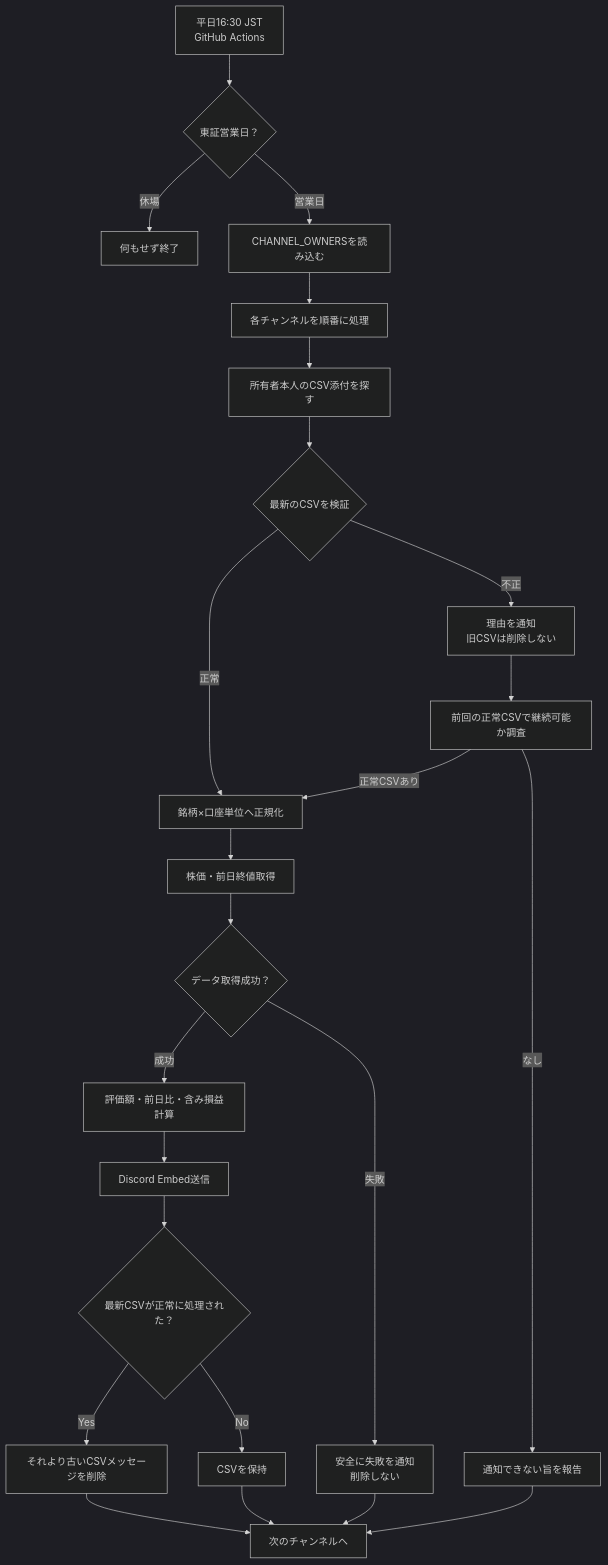
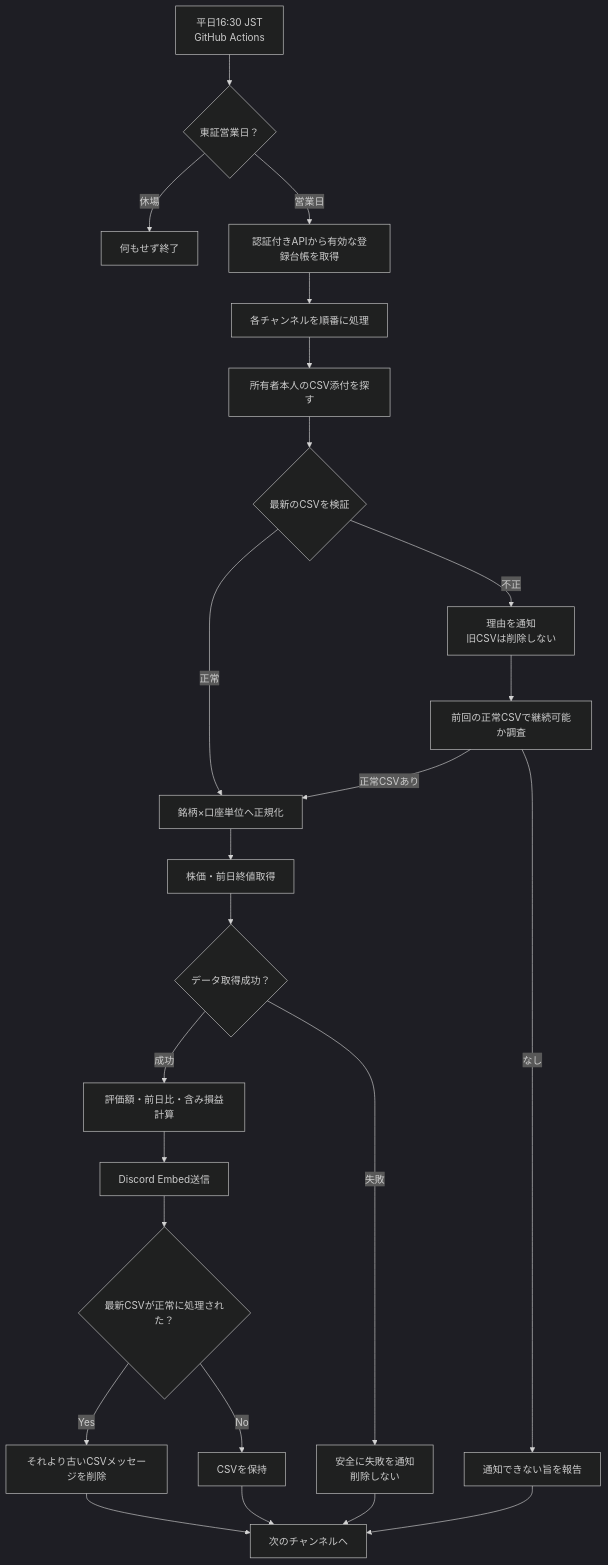
One commit to chihiros7/stock-signal changed the diagram in docs/Processing-Flow.md. Above: the diagram before and after it, drawn with Mermaid (dark theme). The commit also changed 8 other files, not shown here.

````diff
--- a/docs/Processing-Flow.md
+++ b/docs/Processing-Flow.md
@@ -7,26 +7,26 @@
 ```mermaid
 flowchart TD
   A["平日16:30 JST<br/>GitHub Actions"] --> H{"東証営業日？"}
   H -->|"休場"| Z["何もせず終了"]
-  H -->|"営業日"| B["CHANNEL_OWNERSを読み込む"]
+  H -->|"営業日"| B["認証付きAPIから有効な登録台帳を取得"]
   B --> C["各チャンネルを順番に処理"]
   C --> D["所有者本人のCSV添付を探す"]
   D --> E{"最新のCSVを検証"}
   E -->|"不正"| F["理由を通知<br/>旧CSVは削除しない"]
   F --> G["前回の正常CSVで継続可能か調査"]
   E -->|"正常"| I["銘柄×口座単位へ正規化"]
   G -->|"正常CSVあり"| I
   G -->|"なし"| N["通知できない旨を報告"]
   I --> J["株価・前日終値取得"]
   J --> K{"データ取得成功？"}
   K -->|"失敗"| L["安全に失敗を通知<br/>削除しない"]
   K -->|"成功"| M["評価額・前日比・含み損益計算"]
   M --> O["Discord Embed送信"]
   O --> P{"最新CSVが正常に処理された？"}
   P -->|"Yes"| Q["それより古いCSVメッセージを削除"]
   P -->|"No"| R["CSVを保持"]
   Q --> S["次のチャンネルへ"]
   R --> S
   L --> S
   N --> S
 ```
````
